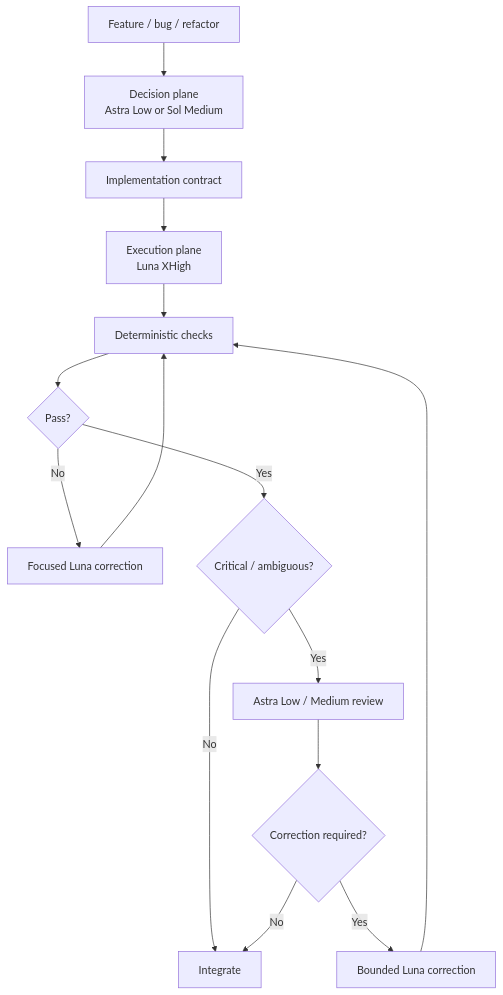
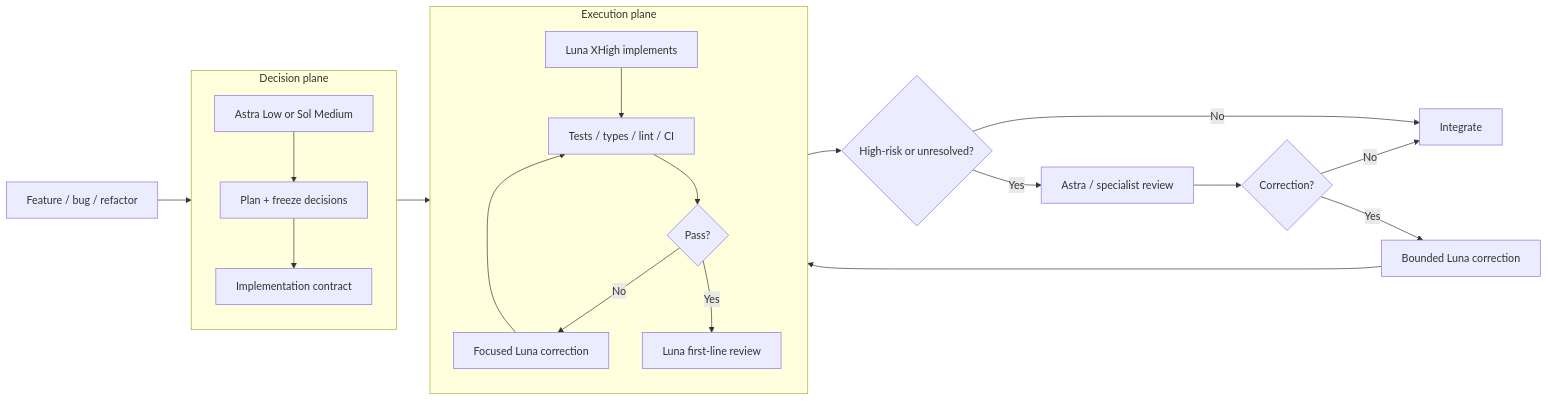
Before and after one commit to Strataward/durable-threads: the fourth of 4 diagrams in docs/articles/frontier-decisions-cheap-execution.md, drawn with Mermaid. The commit also changed other lines of this file and 13 other files, not shown here.

````diff
--- a/docs/articles/frontier-decisions-cheap-execution.md
+++ b/docs/articles/frontier-decisions-cheap-execution.md
@@ -179,17 +163,29 @@
 ```mermaid
-flowchart TB
-    U["Feature / bug / refactor"] --> P["Decision plane<br/>Astra Low or Sol Medium"]
-    P --> C["Implementation contract"]
-    C --> L["Execution plane<br/>Luna XHigh"]
-    L --> V["Deterministic checks"]
-    V --> Q{"Pass?"}
-    Q -->|"No"| F["Focused Luna correction"]
-    F --> V
-    Q -->|"Yes"| R{"Critical / ambiguous?"}
-    R -->|"No"| D["Integrate"]
-    R -->|"Yes"| A["Astra Low / Medium review"]
-    A --> X{"Correction required?"}
-    X -->|"No"| D
-    X -->|"Yes"| F2["Bounded Luna correction"]
-    F2 --> V
+flowchart LR
+    U["Feature / bug / refactor"] --> DP
+
+    subgraph DP["Decision plane"]
+        direction TB
+        P["Astra Low or Sol Medium"] --> D["Plan + freeze decisions"]
+        D --> C["Implementation contract"]
+    end
+
+    C --> EP
+
+    subgraph EP["Execution plane"]
+        direction TB
+        L["Luna XHigh implements"] --> T["Tests / types / lint / CI"]
+        T --> Q{"Pass?"}
+        Q -->|"No"| F["Focused Luna correction"]
+        F --> T
+        Q -->|"Yes"| W["Luna first-line review"]
+    end
+
+    W --> R{"High-risk or unresolved?"}
+    R -->|"No"| X["Integrate"]
+    R -->|"Yes"| A["Astra / specialist review"]
+    A --> C2{"Correction?"}
+    C2 -->|"No"| X
+    C2 -->|"Yes"| F2["Bounded Luna correction"]
+    F2 --> T
 ```
````
